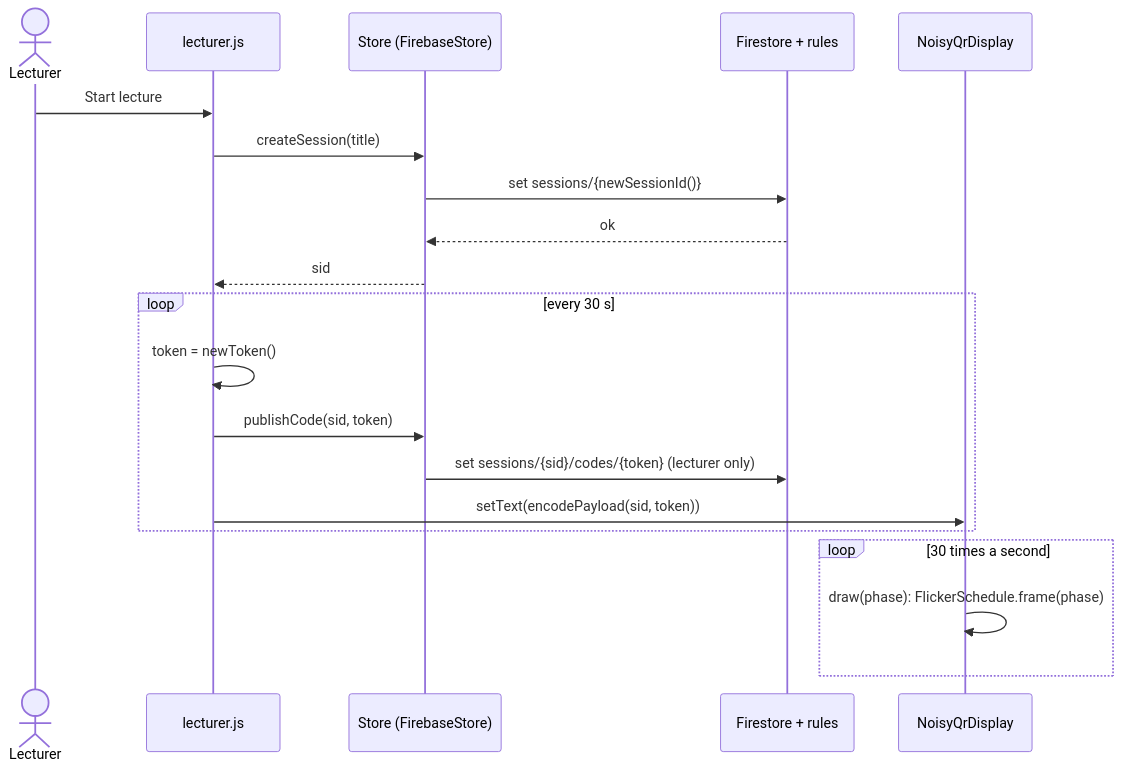
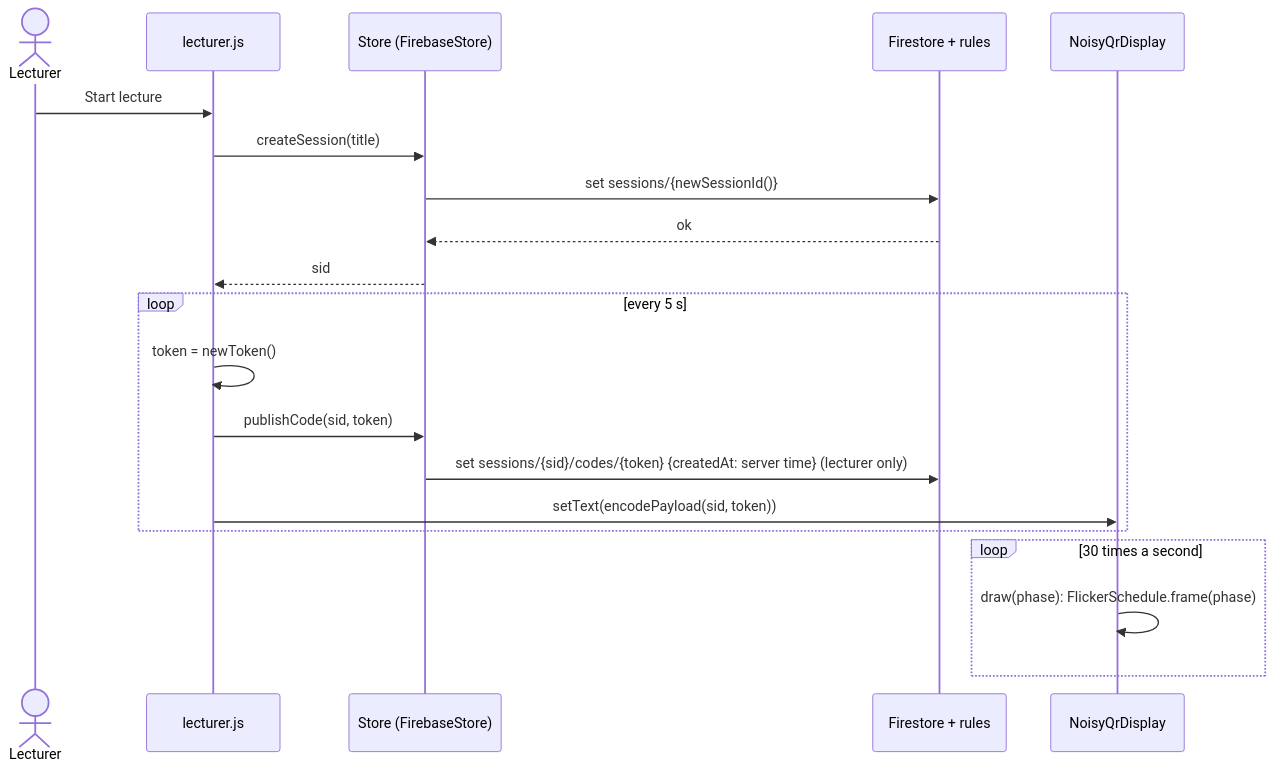
Before and after one commit to minion-dog/I2CS_Ex2-smart-class-demo: the first of 9 diagrams in docs/07_SEQUENCE_DIAGRAMS.md, drawn with Mermaid. The commit also changed other lines of this file and 54 other files, not shown here.

````diff
--- a/docs/07_SEQUENCE_DIAGRAMS.md
+++ b/docs/07_SEQUENCE_DIAGRAMS.md
@@ -5,22 +5,22 @@
 ```mermaid
 sequenceDiagram
     actor L as Lecturer
     participant P as lecturer.js
     participant S as Store (FirebaseStore)
     participant F as Firestore + rules
     participant D as NoisyQrDisplay
     L->>P: Start lecture
     P->>S: createSession(title)
     S->>F: set sessions/{newSessionId()}
     F-->>S: ok
     S-->>P: sid
-    loop every 30 s
+    loop every 5 s
         P->>P: token = newToken()
         P->>S: publishCode(sid, token)
-        S->>F: set sessions/{sid}/codes/{token} (lecturer only)
+        S->>F: set sessions/{sid}/codes/{token} {createdAt: server time} (lecturer only)
         P->>D: setText(encodePayload(sid, token))
     end
     loop 30 times a second
         D->>D: draw(phase): FlickerSchedule.frame(phase)
     end
 ```
````
